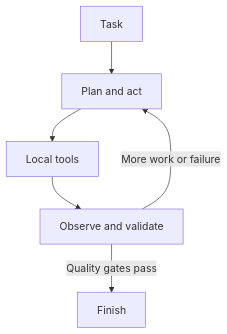
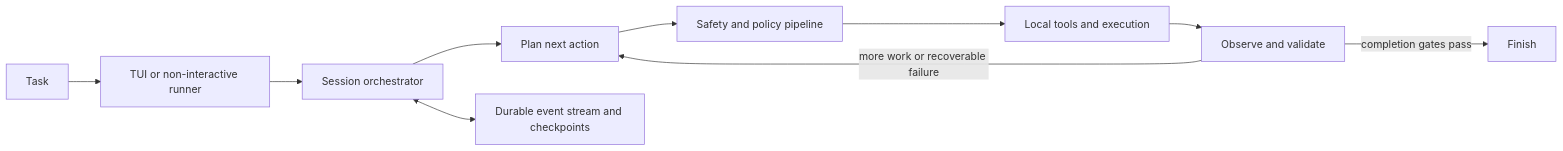
The diagram in README.md (josephsenior/Grinta-Agent), drawn with Mermaid before and after one commit. The commit also changed other lines of this file and 4 other files, not shown here.

````diff
--- a/README.md
+++ b/README.md
@@ -64,8 +224,12 @@
 ```mermaid
-flowchart TD
-    A["Task"] --> B["Plan and act"]
-    B --> C["Local tools"]
-    C --> D["Observe and validate"]
-    D -->|"More work or failure"| B
-    D -->|"Quality gates pass"| E["Finish"]
+flowchart LR
+    U["Task"] --> I["TUI or non-interactive runner"]
+    I --> O["Session orchestrator"]
+    O --> P["Plan next action"]
+    P --> S["Safety and policy pipeline"]
+    S --> X["Local tools and execution"]
+    X --> V["Observe and validate"]
+    V -->|"more work or recoverable failure"| P
+    V -->|"completion gates pass"| F["Finish"]
+    O <--> D["Durable event stream and checkpoints"]
 ```
````
